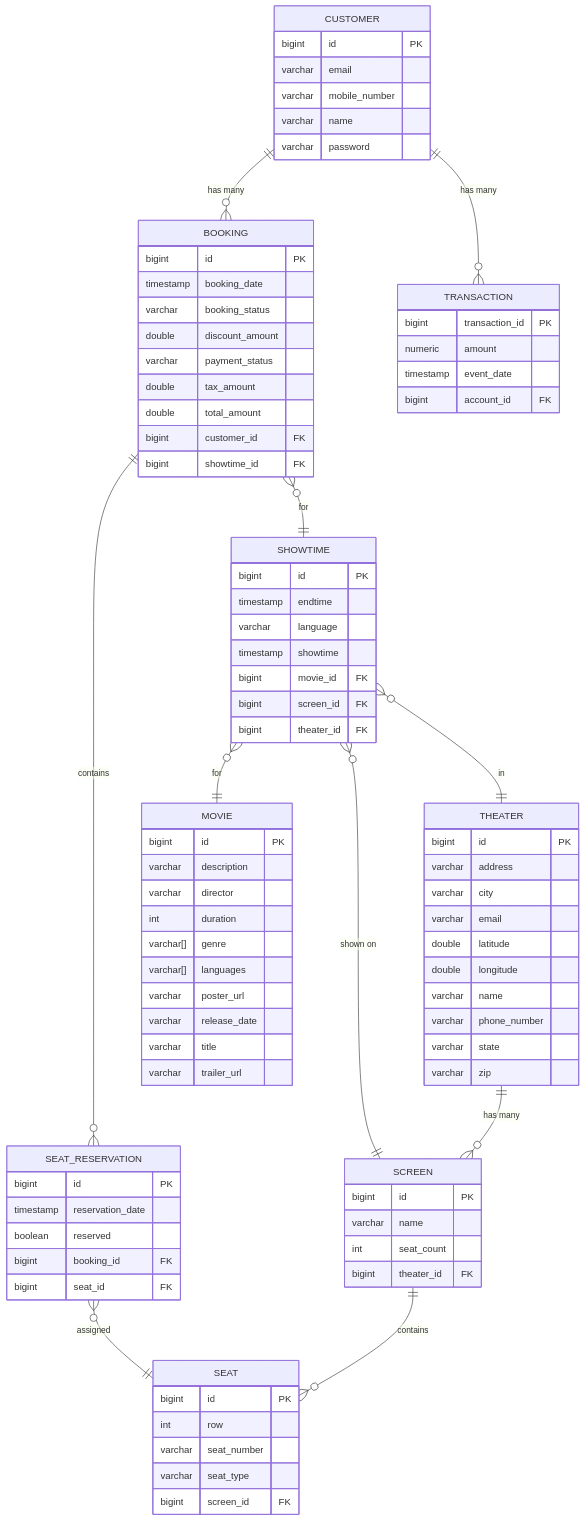
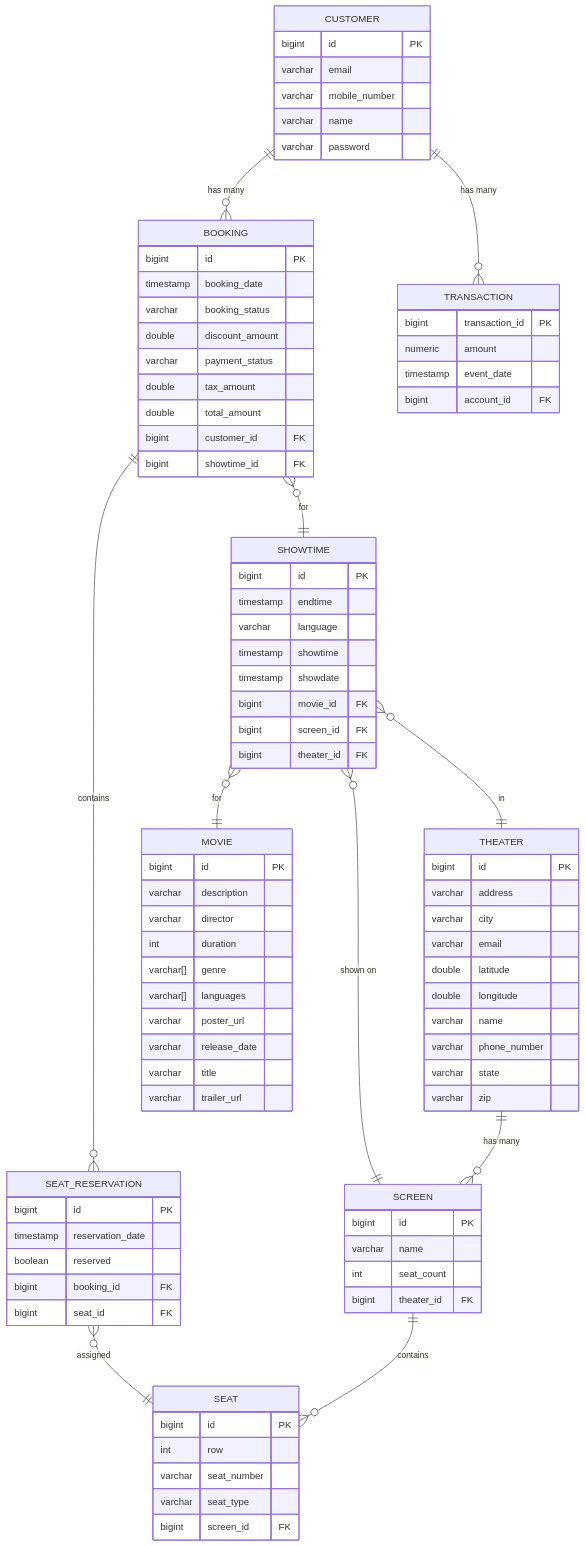
The first of 3 diagrams in README.md (harshadkumar-parmar/movie-ticket-booking), drawn with Mermaid before and after one commit. The commit also changed other lines of this file and 16 other files, not shown here.

```diff
--- a/README.md
+++ b/README.md
@@ -151,6 +151,7 @@
         timestamp endtime
         varchar language
         timestamp showtime
+        timestamp showdate
         bigint movie_id FK
         bigint screen_id FK
         bigint theater_id FK
```
